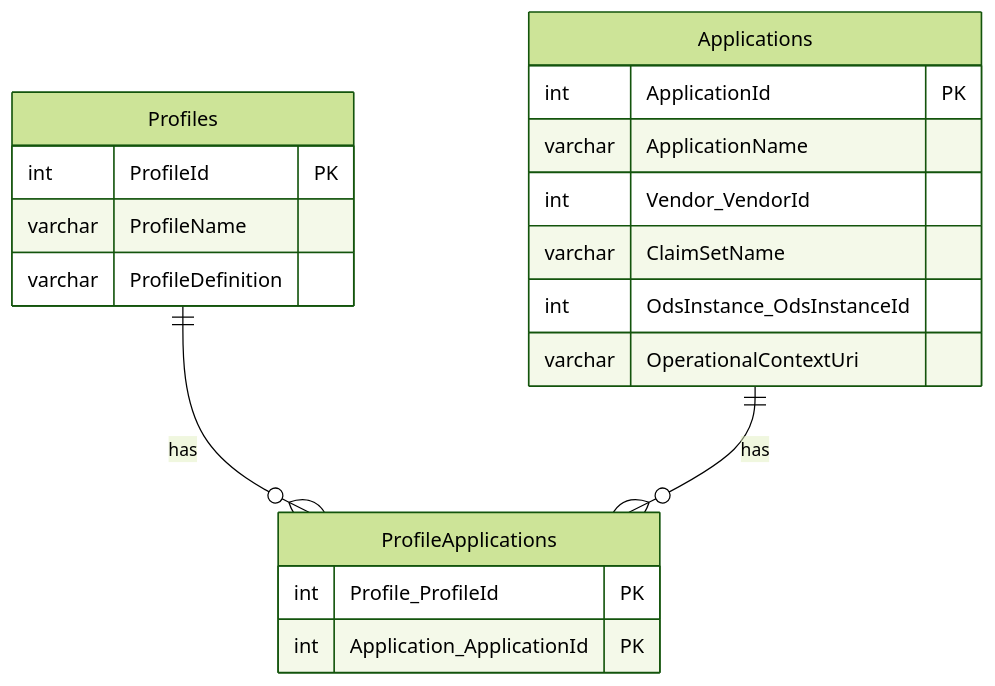
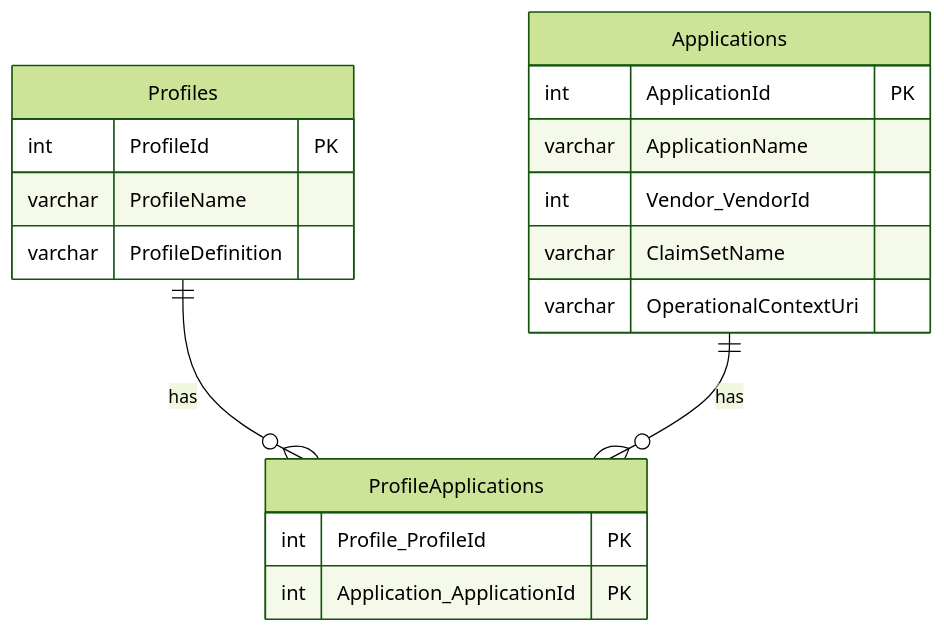
Before and after one commit to Ed-Fi-Alliance-OSS/ed-fi-alliance-oss.github.io: the diagram in odsApi_versioned_docs/version-6.2/how-to-guides/how-to-add-profiles-to-the-ed-fi-ods-api.md, drawn with Mermaid (forest theme). The commit also changed 17 other files, not shown here.

````diff
--- a/odsApi_versioned_docs/version-6.2/how-to-guides/how-to-add-profiles-to-the-ed-fi-ods-api.md
+++ b/odsApi_versioned_docs/version-6.2/how-to-guides/how-to-add-profiles-to-the-ed-fi-ods-api.md
@@ -19,25 +19,24 @@
 ```mermaid
 erDiagram
     Profiles ||--o{ ProfileApplications : has
     Applications ||--o{ ProfileApplications : has
 
     Profiles {
         int ProfileId PK
         varchar ProfileName
         varchar ProfileDefinition
     }
 
     ProfileApplications {
         int Profile_ProfileId PK
         int Application_ApplicationId PK
     }
 
     Applications {
         int ApplicationId PK
         varchar ApplicationName
         int Vendor_VendorId
         varchar ClaimSetName
-        int OdsInstance_OdsInstanceId
         varchar OperationalContextUri
     }
 ```
````
